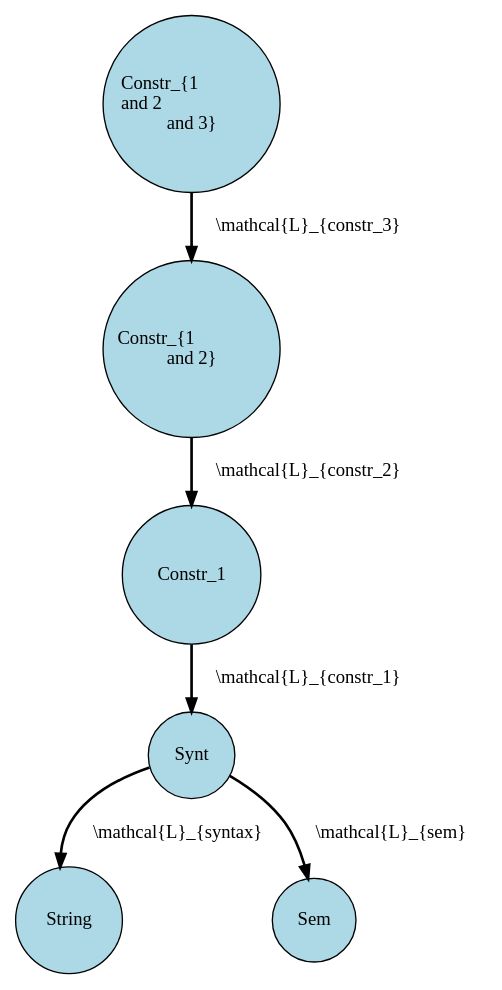
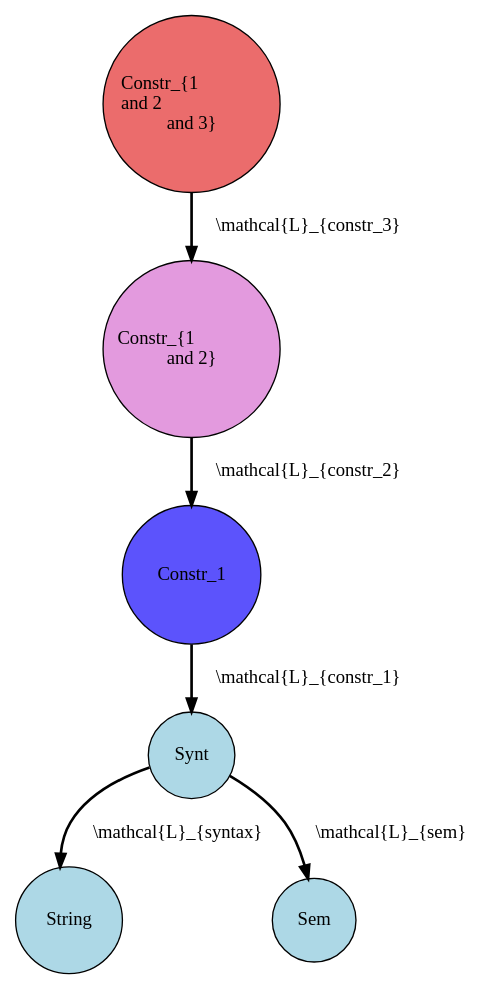
The diagram in diagrams/constr-fail-2.dot (jirkamarsik/master-thesis), drawn with Graphviz before and after one commit. The commit also changed 13 other files, not shown here.

```diff
--- a/diagrams/constr-fail-2.dot
+++ b/diagrams/constr-fail-2.dot
@@ -1,9 +1,12 @@
 strict digraph "constr-fail-2" {
   node [shape="circle",style="filled",fillcolor="lightblue"]
   edge [style="bold"]
+  "Constr_1" [fillcolor="#5C53FC"]
+  "Constr_{1 \land 2}" [fillcolor="#E39ADE"]
+  "Constr_{1 \land 2 \land 3}" [fillcolor="#EB6C6C"]
   "Constr_{1 \land 2 \land 3}" -> "Constr_{1 \land 2}" [label="\\mathcal{L}_{constr_3}"]
   "Constr_{1 \land 2}" -> "Constr_1" [label="\\mathcal{L}_{constr_2}"]
   "Constr_1" -> "Synt" [label="\\mathcal{L}_{constr_1}"]
   "Synt" -> "String" [label="\\mathcal{L}_{syntax}"]
   "Synt" -> "Sem" [label="\\mathcal{L}_{sem}"]
 }
```
